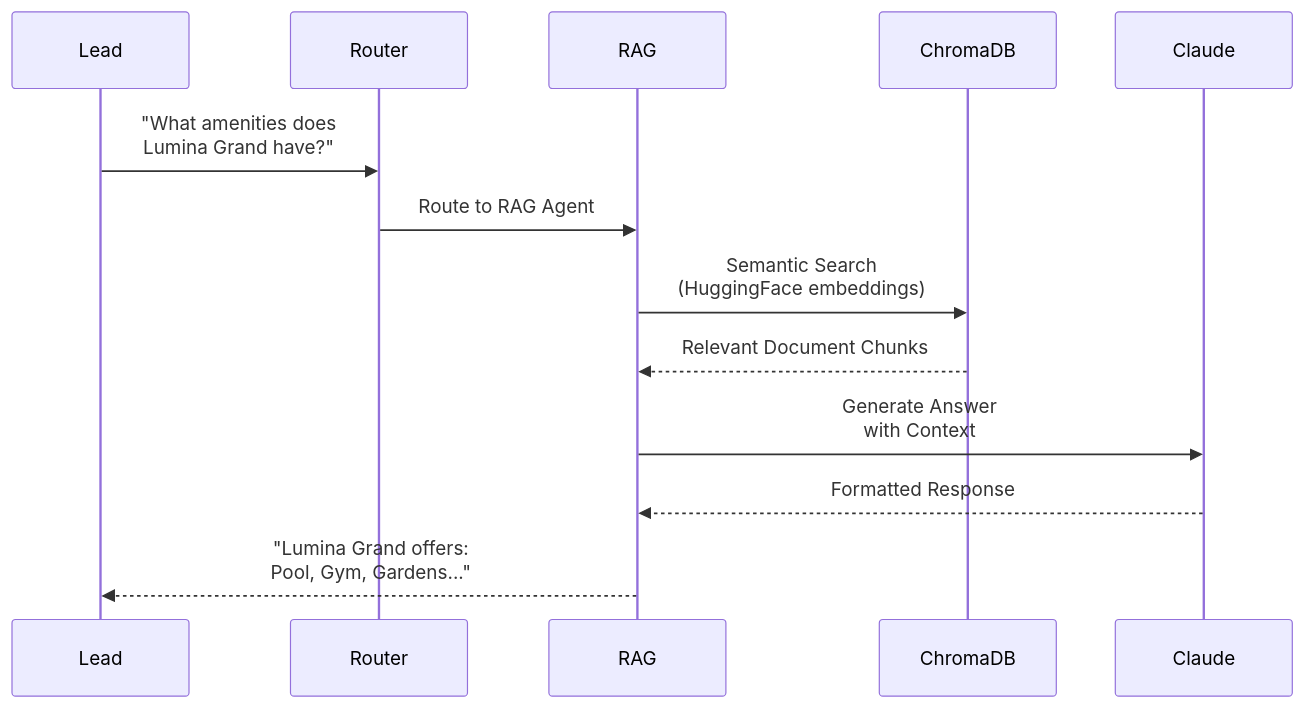
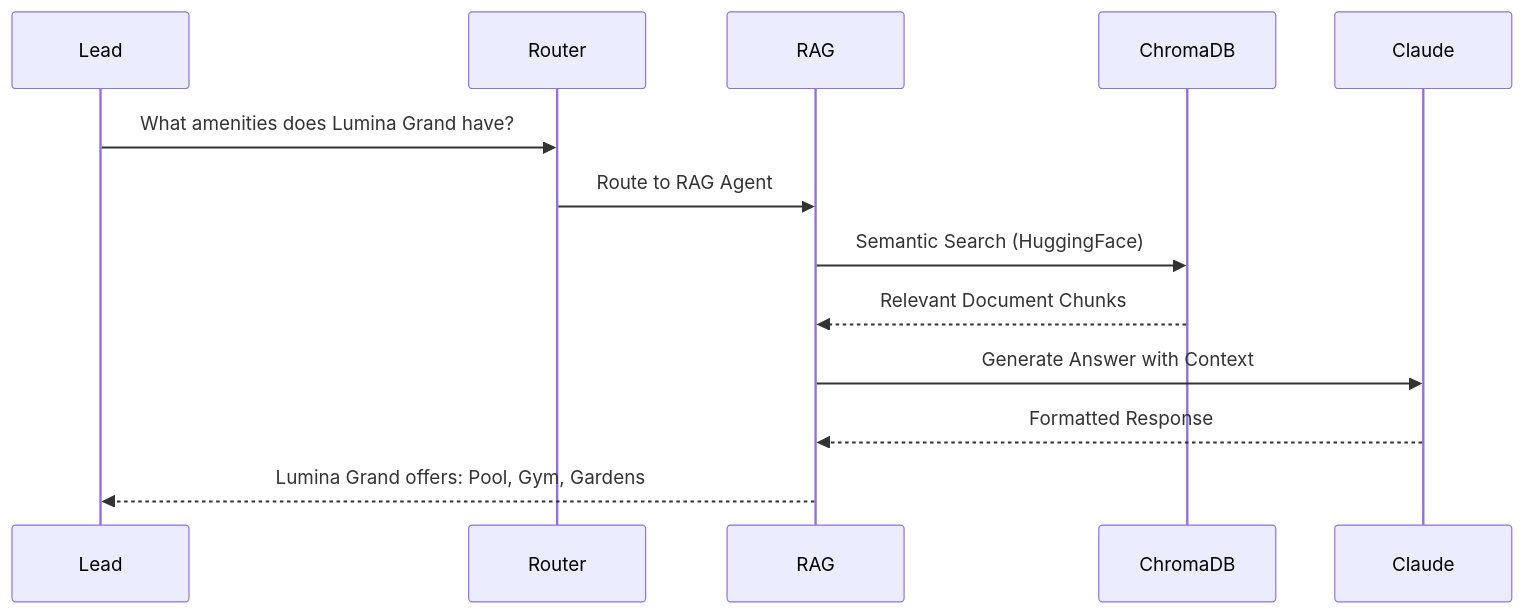
Before and after one commit to AnupCloud/Lead-Nurturing-CRM: the third of 6 diagrams in README.md, drawn with Mermaid. The commit also changed other lines of this file, not shown here.

First line of the commit message:
docs: Add comprehensive PropLens AI Chatbot documentation with screenshots and Mermaid diagrams

````diff
--- a/README.md
+++ b/README.md
@@ -616,16 +616,16 @@
 ```mermaid
 sequenceDiagram
     participant Lead
     participant Router
     participant RAG
     participant ChromaDB
     participant Claude
     
-    Lead->>Router: "What amenities does<br/>Lumina Grand have?"
+    Lead->>Router: What amenities does Lumina Grand have?
     Router->>RAG: Route to RAG Agent
-    RAG->>ChromaDB: Semantic Search<br/>(HuggingFace embeddings)
+    RAG->>ChromaDB: Semantic Search (HuggingFace)
     ChromaDB-->>RAG: Relevant Document Chunks
-    RAG->>Claude: Generate Answer<br/>with Context
+    RAG->>Claude: Generate Answer with Context
     Claude-->>RAG: Formatted Response
-    RAG-->>Lead: "Lumina Grand offers:<br/>Pool, Gym, Gardens..."
+    RAG-->>Lead: Lumina Grand offers: Pool, Gym, Gardens
 ```
````
